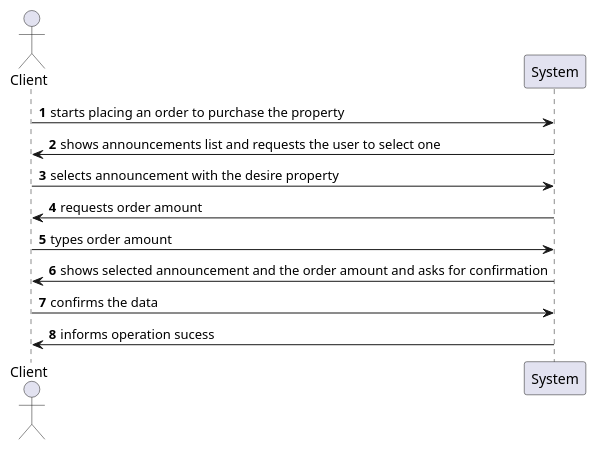
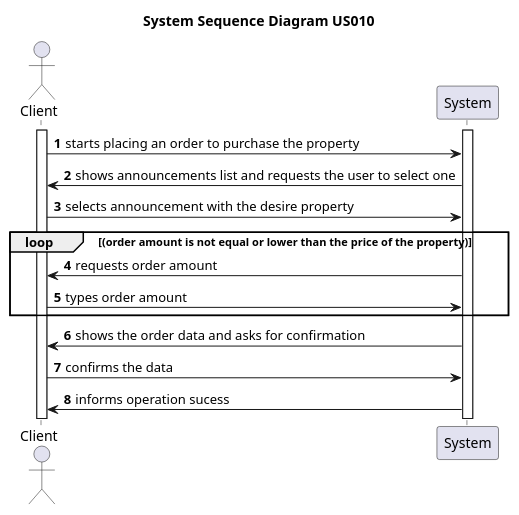
Before and after one commit to tiagohcorreia/LAPR2: the diagram in docs/sprintD/US010/01.requirements-engineering/puml/SSD.puml, drawn with PlantUML. The commit also changed 9 other files, not shown here.

Commit message:
[US010] System sequence diagram updated. Sequence diagram updated. Class diagram updated. Tests added

```diff
--- a/docs/sprintD/US010/01.requirements-engineering/puml/SSD.puml
+++ b/docs/sprintD/US010/01.requirements-engineering/puml/SSD.puml
@@ -1,25 +1,33 @@
 @startuml
+
+title System Sequence Diagram US010
 
 actor Client as client
 participant System as ui
 
 autonumber
+
+activate client
+activate ui
 
 client -> ui: starts placing an order to purchase the property
 
 ui -> client: shows announcements list and requests the user to select one
 
 client -> ui: selects announcement with the desire property
 
-ui -> client: requests order amount
+loop (order amount is not equal or lower than the price of the property)
 
-client -> ui: types order amount
+        ui -> client: requests order amount
+        client -> ui: types order amount
 
-ui -> client: shows selected announcement and the order amount and asks for confirmation
+end
+
+ui -> client: shows the order data and asks for confirmation
 
 client -> ui: confirms the data
 
 ui -> client: informs operation sucess
 
 
 @enduml
```
